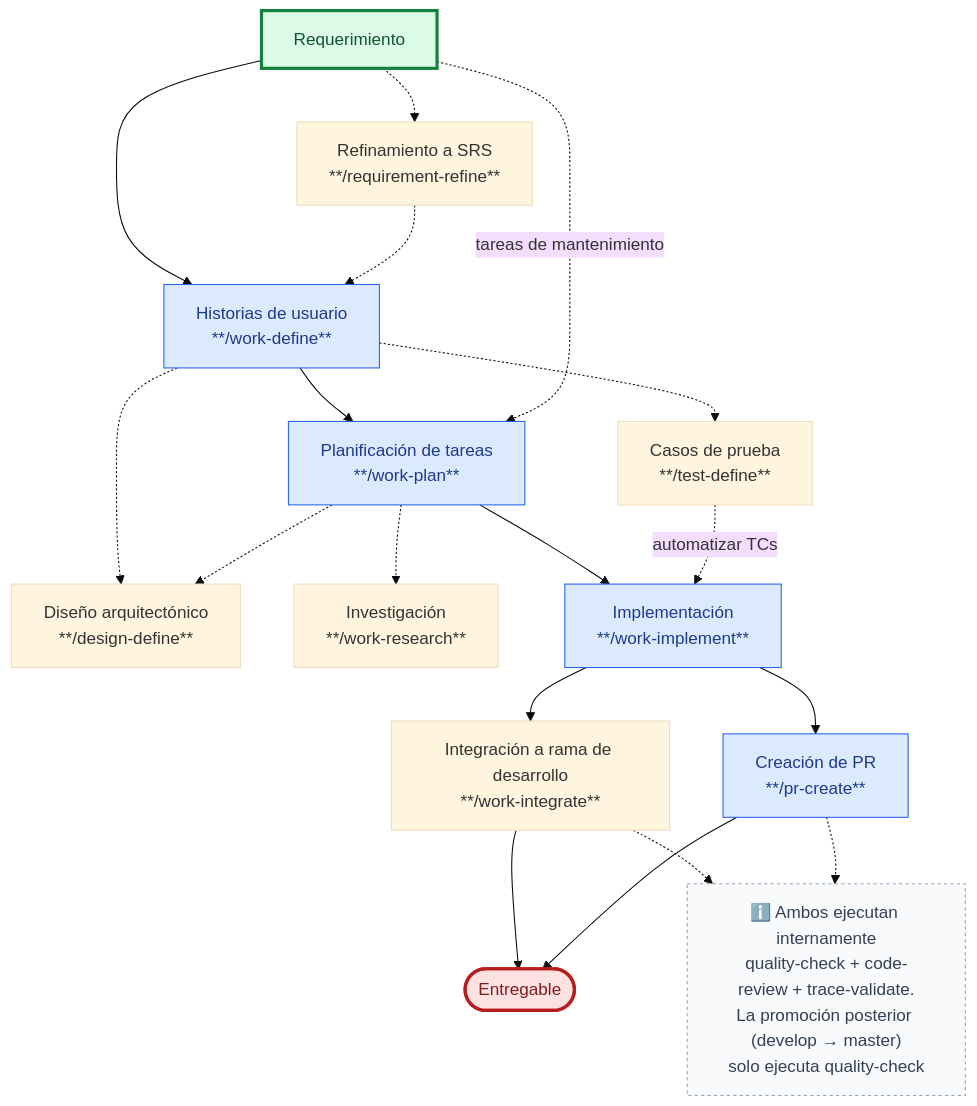
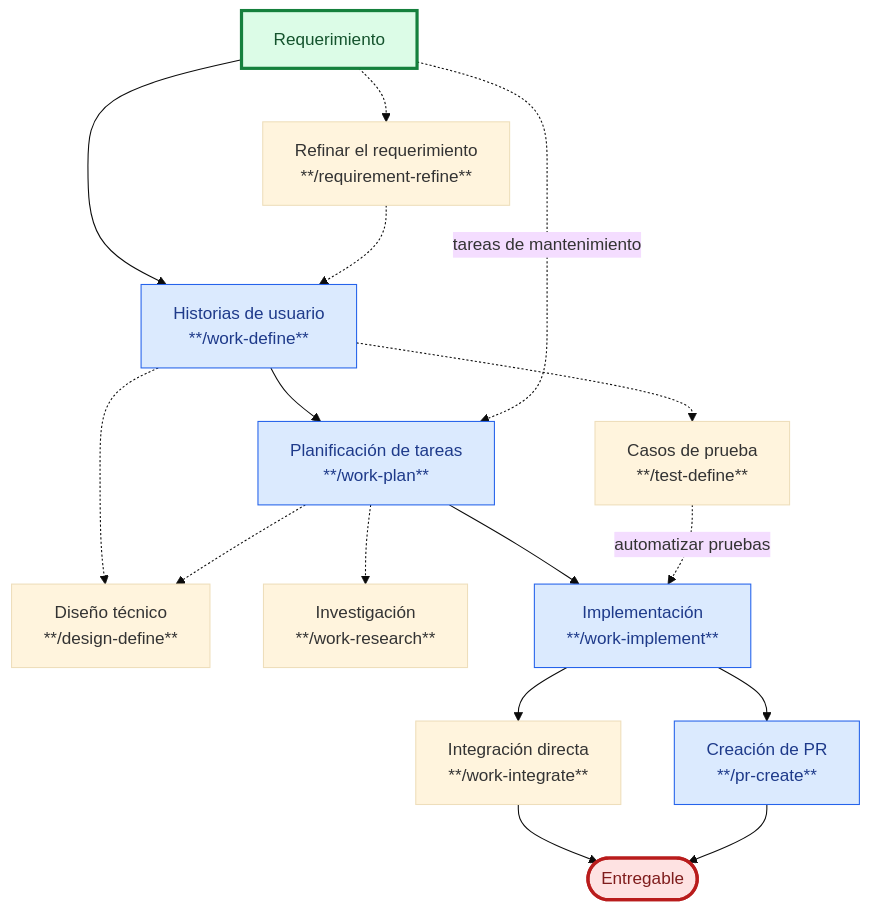
One commit to juanca202/ai changed the second of 2 diagrams in README.md. Above: the diagram before and after it, drawn with Mermaid (base theme). The commit also changed other lines of this file and 5 other files, not shown here.

````diff
--- a/README.md
+++ b/README.md
@@ -196,30 +136,25 @@
 ```mermaid
 flowchart TD
     A[Requerimiento] --> B["Historias de usuario<br/>**/work-define**"]
-    A -.-> Z["Refinamiento a SRS<br/>**/requirement-refine**"]
+    A -.-> Z["Refinar el requerimiento<br/>**/requirement-refine**"]
     Z -.-> B
     B -.-> C["Casos de prueba<br/>**/test-define**"]
-    B -.-> D["Diseño arquitectónico<br/>**/design-define**"]
+    B -.-> D["Diseño técnico<br/>**/design-define**"]
     B --> E["Planificación de tareas<br/>**/work-plan**"]
     A -.->|tareas de mantenimiento| E
     E -.-> F["Investigación<br/>**/work-research**"]
     E -.-> D
     E --> G["Implementación<br/>**/work-implement**"]
-    C -.->|automatizar TCs| G
-    G --> H["Integración a rama de desarrollo<br/>**/work-integrate**"]
+    C -.->|automatizar pruebas| G
+    G --> H["Integración directa<br/>**/work-integrate**"]
     G --> I["Creación de PR<br/>**/pr-create**"]
     H --> J(["Entregable"])
     I --> J
-    NOTE["ℹ️ Ambos ejecutan internamente<br/>quality-check + code-review + trace-validate.<br/>La promoción posterior (develop → master)<br/>solo ejecuta quality-check"]
-    H -.-> NOTE
-    I -.-> NOTE
 
     classDef main fill:#dbeafe,stroke:#2563eb,color:#1e3a8a
     classDef entryPoint fill:#dcfce7,stroke:#15803d,stroke-width:3px,color:#14532d
     classDef exitPoint fill:#fee2e2,stroke:#b91c1c,stroke-width:3px,color:#7f1d1d
-    classDef note fill:#f8fafc,stroke:#94a3b8,stroke-width:1px,stroke-dasharray:3 3,color:#334155
     class B,E,G,I main
     class A entryPoint
     class J exitPoint
-    class NOTE note
 ```
````
